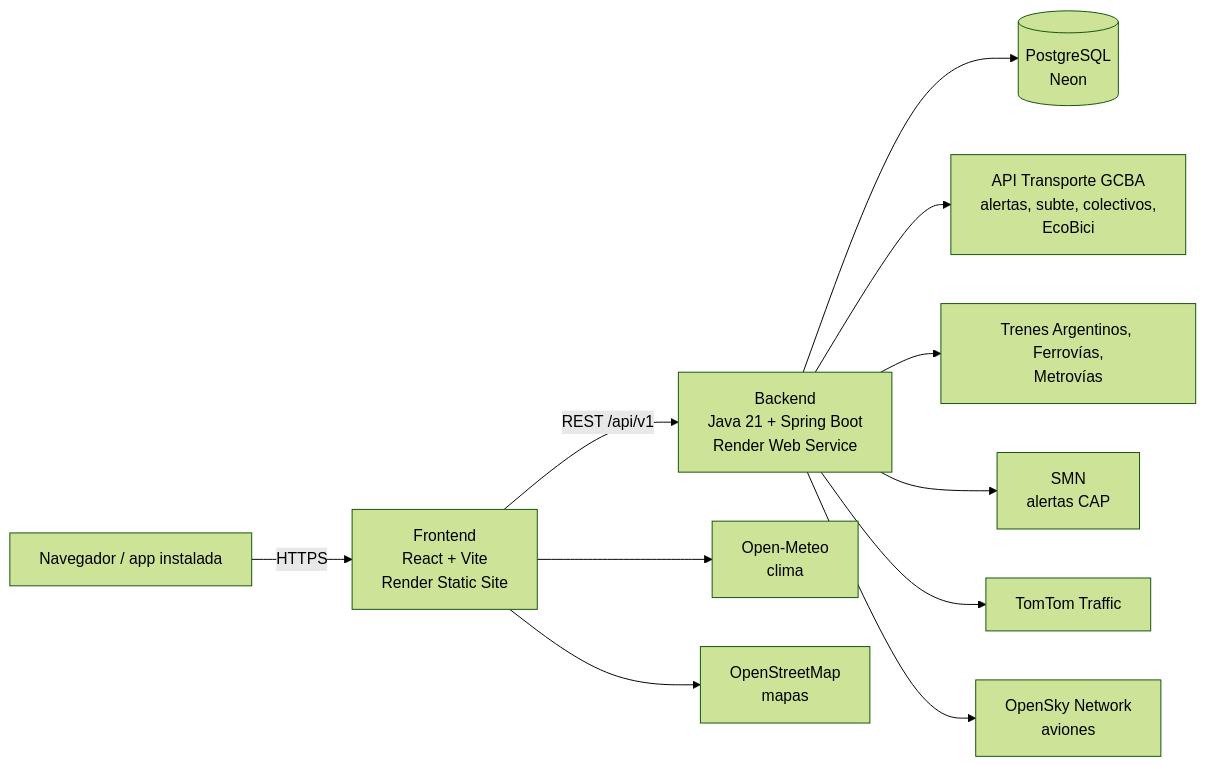
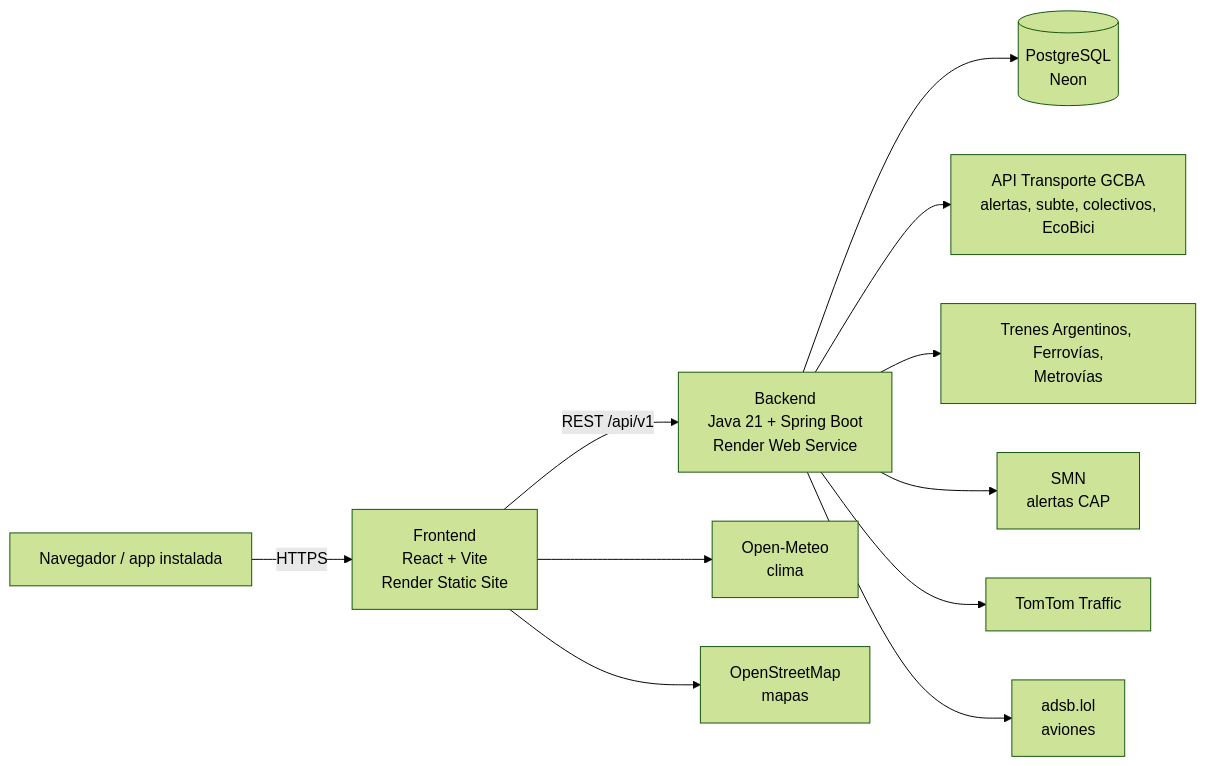
Before and after one commit to guilleguevara245/ba-transit: the diagram in README.md, drawn with Mermaid (forest theme). The commit also changed other lines of this file and 16 other files, not shown here.

First line of the commit message:
ba-transit v19.4: aviones de adsb.lol

````diff
--- a/README.md
+++ b/README.md
@@ -97,13 +97,13 @@
 ```mermaid
 flowchart LR
     U[Navegador / app instalada] -->|HTTPS| F[Frontend<br>React + Vite<br>Render Static Site]
     F -->|REST /api/v1| B[Backend<br>Java 21 + Spring Boot<br>Render Web Service]
     B --> DB[(PostgreSQL<br>Neon)]
     B --> T[API Transporte GCBA<br>alertas, subte, colectivos,<br>EcoBici]
     B --> TR[Trenes Argentinos, Ferrovías,<br>Metrovías]
     B --> SMN[SMN<br>alertas CAP]
     B --> TT[TomTom Traffic]
-    B --> OS[OpenSky Network<br>aviones]
+    B --> AD[adsb.lol<br>aviones]
     F --> OM[Open-Meteo<br>clima]
     F --> OSM[OpenStreetMap<br>mapas]
 ```
````
